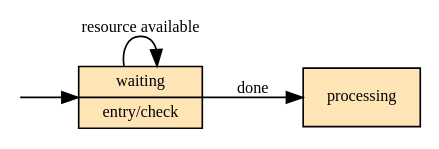
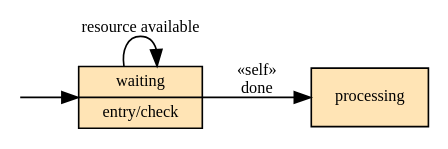
Before and after one commit to simonjwright/coldframe: the diagram in self-events.dot, drawn with Graphviz.

Commit message:
Added <<self>> (in UTF-8!).

```diff
--- a/self-events.dot
+++ b/self-events.dot
@@ -1,18 +1,18 @@
-// $Id: self-events.dot,v fe2fb3e44d2a 2007/10/21 17:59:05 simonjwright $
+// $Id: self-events.dot,v c479093033cd 2008/05/08 05:16:52 simonjwright $
 // dot diagram showing use of self event to count resources
 
 digraph {
 
 edge [fontsize=10];
 node [shape=record, style=filled, fillcolor="moccasin", fontsize=10];
 rankdir=LR;
 
 initial [shape=point, style=invisible, width=0];
 waiting [label="waiting | entry/check"];
 processing [];
 
 initial -> waiting;
 waiting -> waiting [label="resource available"];
-waiting -> processing [label="done"];
+waiting -> processing [label="«self»\ndone "];
 
 }
```
